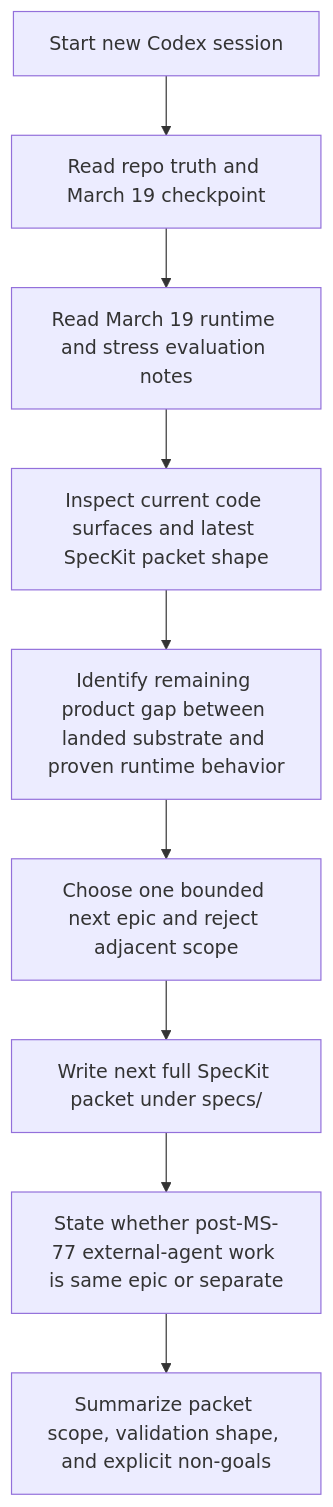
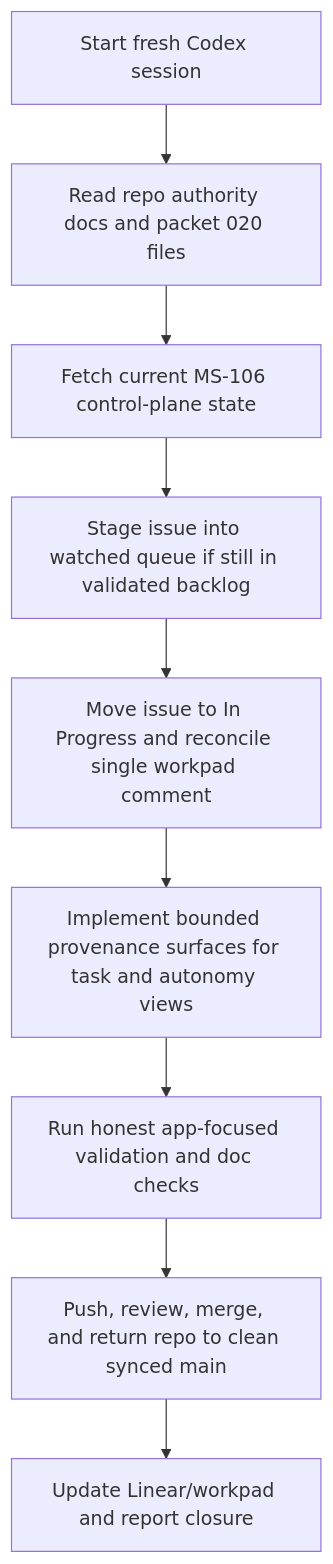
The diagram in docs/prompt-improver-spec/implementation_plan.md (MattMagg/MisterSmith), drawn with Mermaid before and after one commit. The commit also changed other lines of this file and 3 other files, not shown here.

````diff
--- a/docs/prompt-improver-spec/implementation_plan.md
+++ b/docs/prompt-improver-spec/implementation_plan.md
@@ -65,11 +50,11 @@
 ```mermaid
 graph TD
-    A["Start new Codex session"] --> B["Read repo truth and March 19 checkpoint"]
-    B --> C["Read March 19 runtime and stress evaluation notes"]
-    C --> D["Inspect current code surfaces and latest SpecKit packet shape"]
-    D --> E["Identify remaining product gap between landed substrate and proven runtime behavior"]
-    E --> F["Choose one bounded next epic and reject adjacent scope"]
-    F --> G["Write next full SpecKit packet under specs/"]
-    G --> H["State whether post-MS-77 external-agent work is same epic or separate"]
-    H --> I["Summarize packet scope, validation shape, and explicit non-goals"]
+    A["Start fresh Codex session"] --> B["Read repo authority docs and packet 020 files"]
+    B --> C["Fetch current MS-106 control-plane state"]
+    C --> D["Stage issue into watched queue if still in validated backlog"]
+    D --> E["Move issue to In Progress and reconcile single workpad comment"]
+    E --> F["Implement bounded provenance surfaces for task and autonomy views"]
+    F --> G["Run honest app-focused validation and doc checks"]
+    G --> H["Push, review, merge, and return repo to clean synced main"]
+    H --> I["Update Linear/workpad and report closure"]
 ```
````
